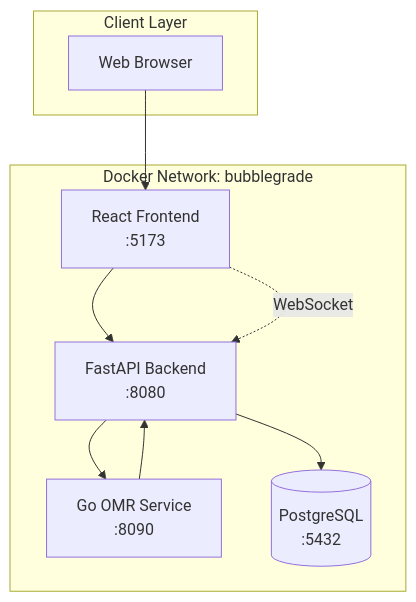
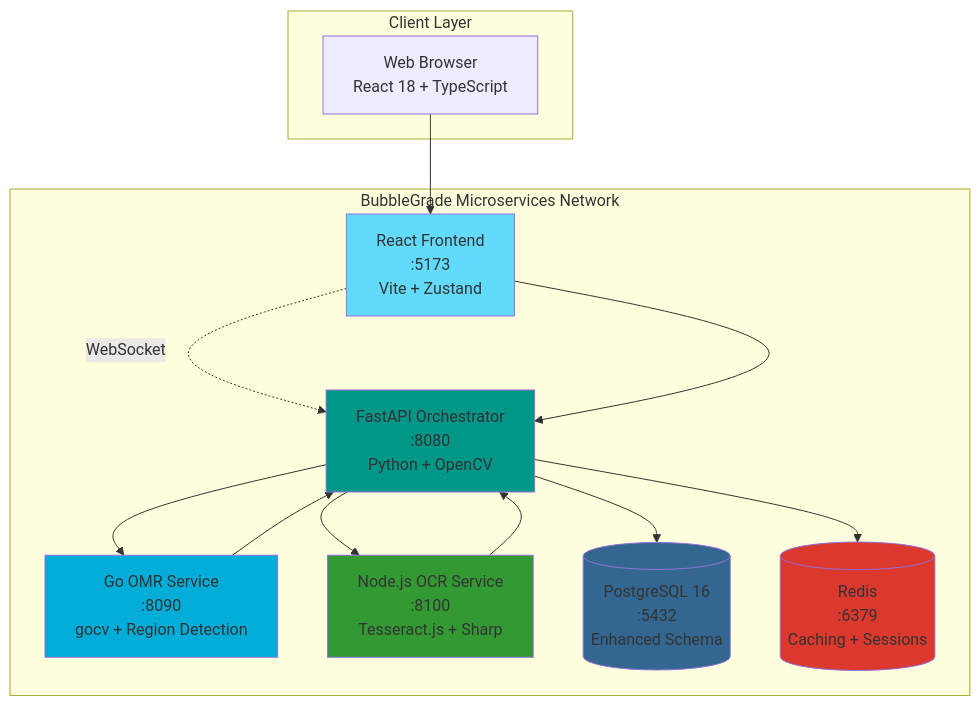
Before and after one commit to JazzDataSolutions/BubbleGrade: the first of 2 diagrams in README.md, drawn with Mermaid. The commit also changed other lines of this file and 33 other files, not shown here.

First line of the commit message:
🚀 Transform BubbleGrade to next-generation OCR + OMR system

````diff
--- a/README.md
+++ b/README.md
@@ -41,21 +43,32 @@
 ```mermaid
 graph TB
     subgraph "Client Layer"
-        Browser[Web Browser]
+        Browser[Web Browser<br/>React 18 + TypeScript]
     end
     
-    subgraph "Docker Network: bubblegrade"
-        Frontend[React Frontend<br/>:5173]
-        API[FastAPI Backend<br/>:8080]
-        OMR[Go OMR Service<br/>:8090]
-        DB[(PostgreSQL<br/>:5432)]
+    subgraph "BubbleGrade Microservices Network"
+        Frontend[React Frontend<br/>:5173<br/>Vite + Zustand]
+        API[FastAPI Orchestrator<br/>:8080<br/>Python + OpenCV]
+        OMR[Go OMR Service<br/>:8090<br/>gocv + Region Detection]
+        OCR[Node.js OCR Service<br/>:8100<br/>Tesseract.js + Sharp]
+        DB[(PostgreSQL 16<br/>:5432<br/>Enhanced Schema)]
+        Redis[(Redis<br/>:6379<br/>Caching + Sessions)]
     end
     
     Browser --> Frontend
+    Frontend -.->|WebSocket| API
     Frontend --> API
     API --> OMR
+    API --> OCR
     API --> DB
+    API --> Redis
     OMR --> API
+    OCR --> API
     
-    Frontend -.->|WebSocket| API
+    style Frontend fill:#61dafb
+    style API fill:#009688
+    style OMR fill:#00add8
+    style OCR fill:#339933
+    style DB fill:#336791
+    style Redis fill:#dc382d
 ```
````
